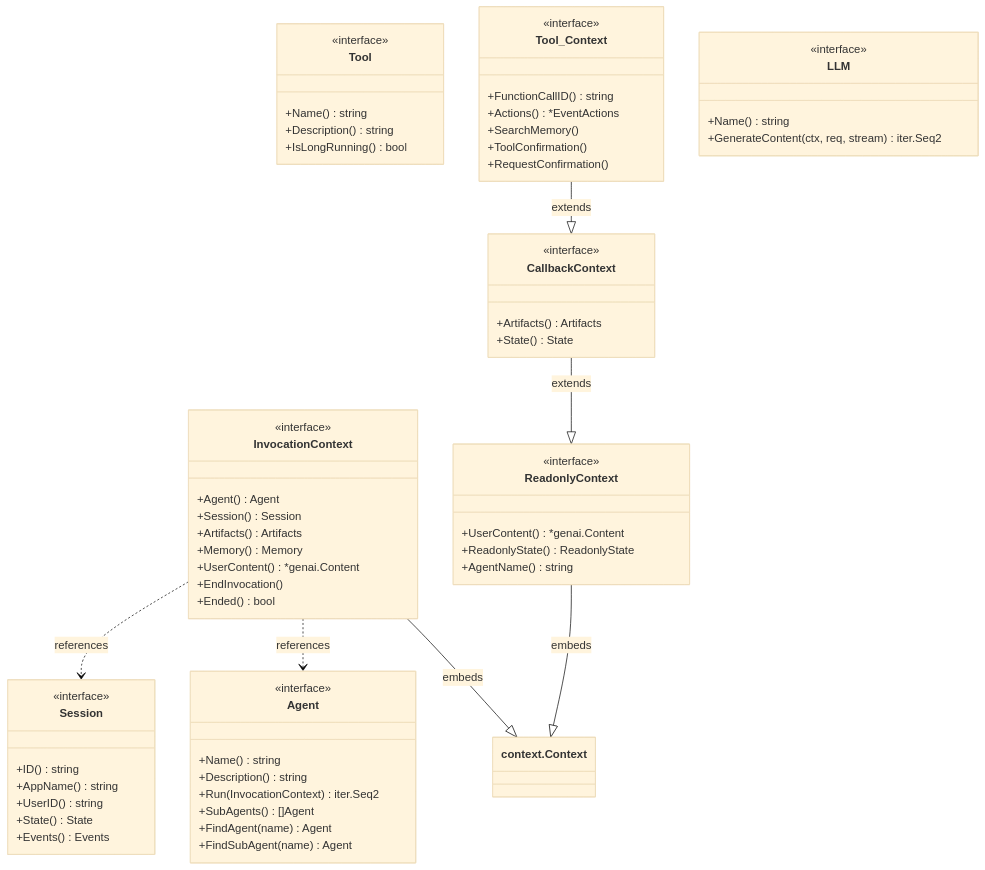
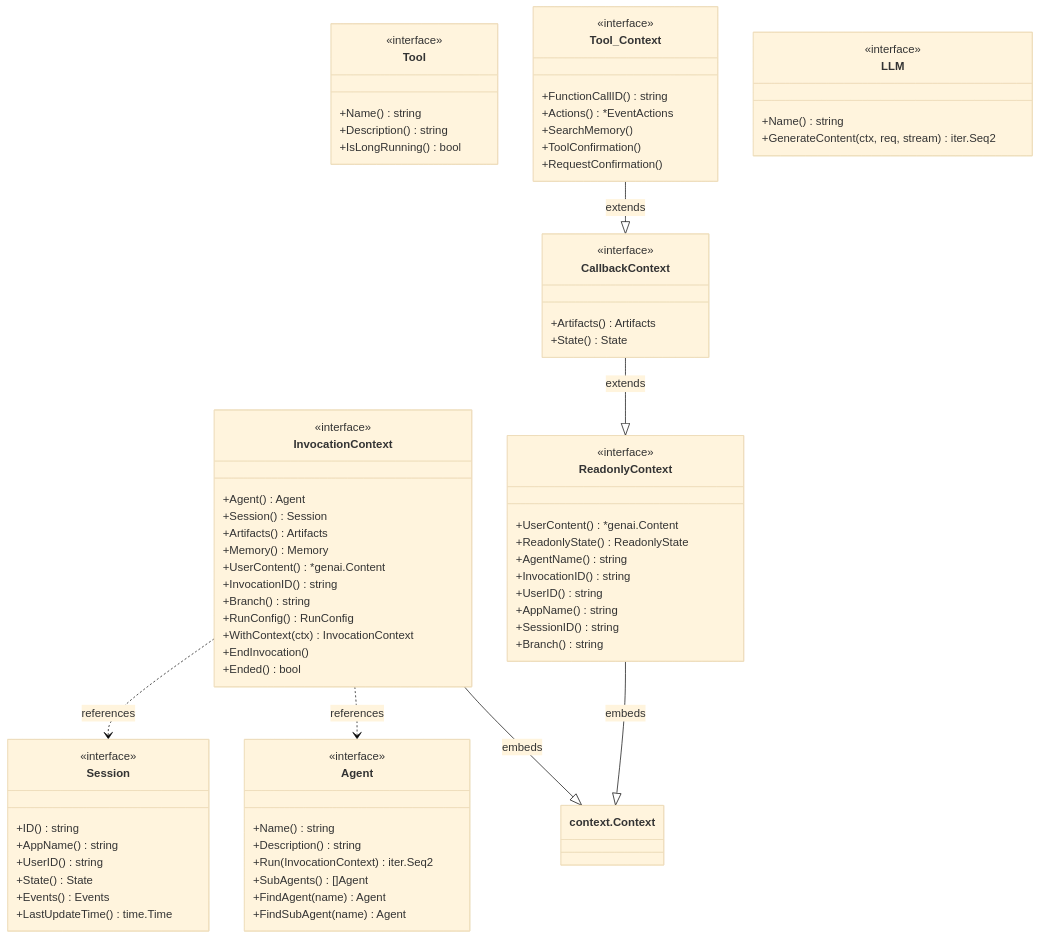
One commit to baxiang/hello-agent changed the fourth of 4 diagrams in adk-go/docs/01-architecture.md. Above: the diagram before and after it, drawn with Mermaid (base theme). The commit also changed 104 other files, not shown here.

```diff
--- a/adk-go/docs/01-architecture.md
+++ b/adk-go/docs/01-architecture.md
@@ -145,6 +145,10 @@
         +Artifacts() Artifacts
         +Memory() Memory
         +UserContent() *genai.Content
+        +InvocationID() string
+        +Branch() string
+        +RunConfig() RunConfig
+        +WithContext(ctx) InvocationContext
         +EndInvocation()
         +Ended() bool
     }
@@ -154,6 +158,11 @@
         +UserContent() *genai.Content
         +ReadonlyState() ReadonlyState
         +AgentName() string
+        +InvocationID() string
+        +UserID() string
+        +AppName() string
+        +SessionID() string
+        +Branch() string
     }
 
     class CallbackContext {
@@ -191,6 +200,7 @@
         +UserID() string
         +State() State
         +Events() Events
+        +LastUpdateTime() time.Time
     }
 
     InvocationContext --|> context.Context : embeds
```
